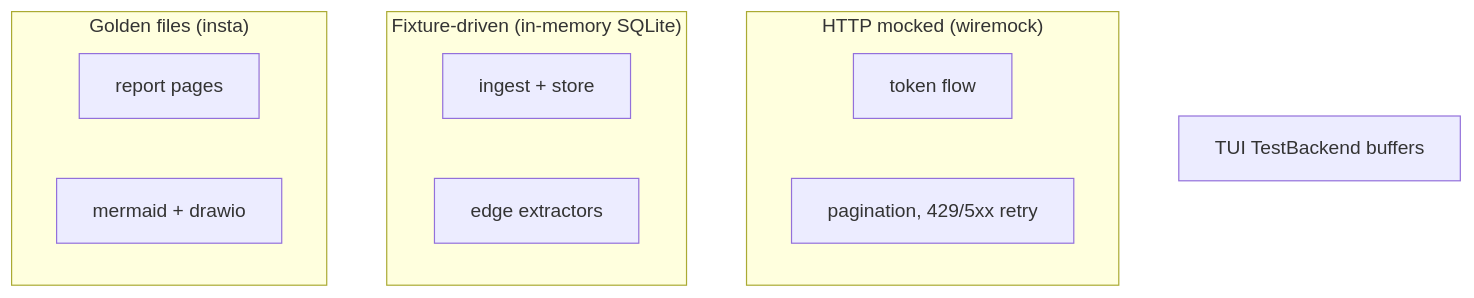
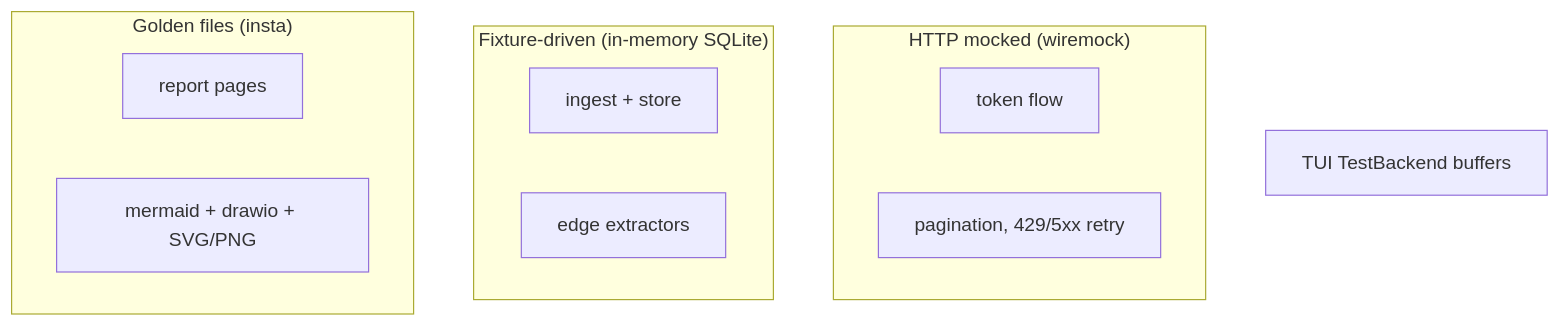
One commit to russmckendrick/azdocs changed the diagram in docs/development/testing.md. Above: the diagram before and after it, drawn with Mermaid. The commit also changed other lines of this file and 45 other files, not shown here.

````diff
--- a/docs/development/testing.md
+++ b/docs/development/testing.md
@@ -15,16 +15,16 @@
 ```mermaid
 flowchart TD
     subgraph mocked["HTTP mocked (wiremock)"]
         auth_t[token flow]
         arg_t[pagination, 429/5xx retry]
     end
     subgraph fixtures["Fixture-driven (in-memory SQLite)"]
         ingest_t[ingest + store]
         extract_t[edge extractors]
     end
     subgraph golden["Golden files (insta)"]
         report_t[report pages]
-        diagram_t[mermaid + drawio]
+        diagram_t[mermaid + drawio + SVG/PNG]
     end
     tui_t[TUI TestBackend buffers]
 ```
````
